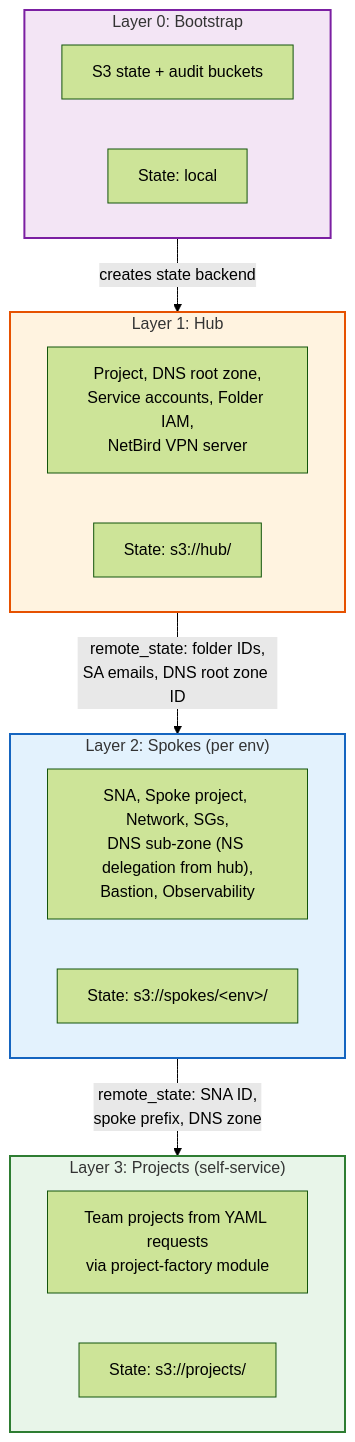
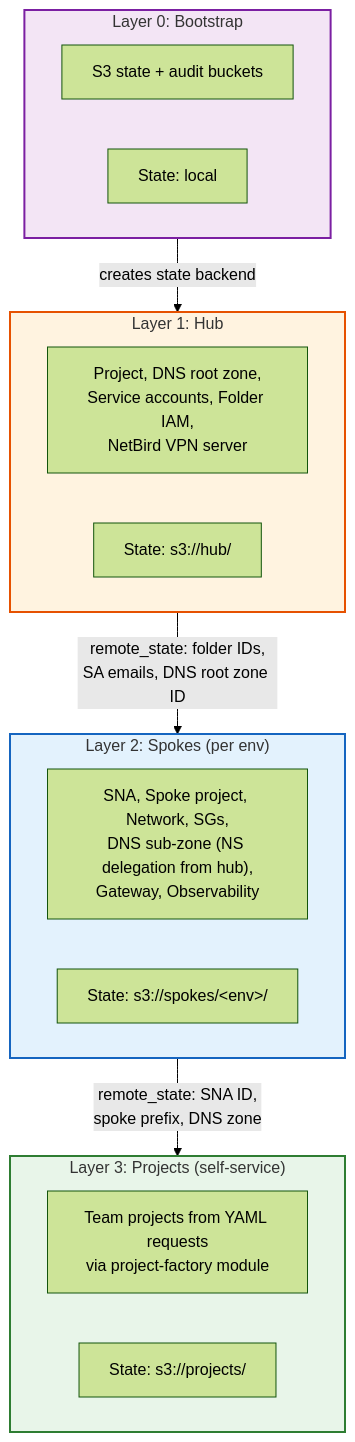
The eighth of 12 diagrams in docs/architecture.md (Liquid-Reply/stackit-landingzone), drawn with Mermaid (forest theme) before and after one commit. The commit also changed other lines of this file and 40 other files, not shown here.

````diff
--- a/docs/architecture.md
+++ b/docs/architecture.md
@@ -309,35 +309,35 @@
 ```mermaid
 graph TB
     subgraph L0["Layer 0: Bootstrap"]
         direction LR
         l0_desc["S3 state + audit buckets"]
         l0_state["State: local"]
     end
 
     subgraph L1["Layer 1: Hub"]
         direction LR
         l1_desc["Project, DNS root zone,<br/>Service accounts, Folder IAM,<br/>NetBird VPN server"]
         l1_state["State: s3://hub/"]
     end
 
     subgraph L2["Layer 2: Spokes (per env)"]
         direction LR
-        l2_desc["SNA, Spoke project, Network, SGs,<br/>DNS sub-zone (NS delegation from hub),<br/>Bastion, Observability"]
+        l2_desc["SNA, Spoke project, Network, SGs,<br/>DNS sub-zone (NS delegation from hub),<br/>Gateway, Observability"]
         l2_state["State: s3://spokes/&lt;env&gt;/"]
     end
 
     subgraph L3["Layer 3: Projects (self-service)"]
         direction LR
         l3_desc["Team projects from YAML requests<br/>via project-factory module"]
         l3_state["State: s3://projects/"]
     end
 
     L0 -->|"creates state backend"| L1
     L1 -->|"remote_state: folder IDs,<br/>SA emails, DNS root zone ID"| L2
     L2 -->|"remote_state: SNA ID,<br/>spoke prefix, DNS zone"| L3
 
     style L0 fill:#f3e5f5,stroke:#7b1fa2,stroke-width:2px
     style L1 fill:#fff3e0,stroke:#e65100,stroke-width:2px
     style L2 fill:#e3f2fd,stroke:#1565c0,stroke-width:2px
     style L3 fill:#e8f5e9,stroke:#2e7d32,stroke-width:2px
 ```
````
